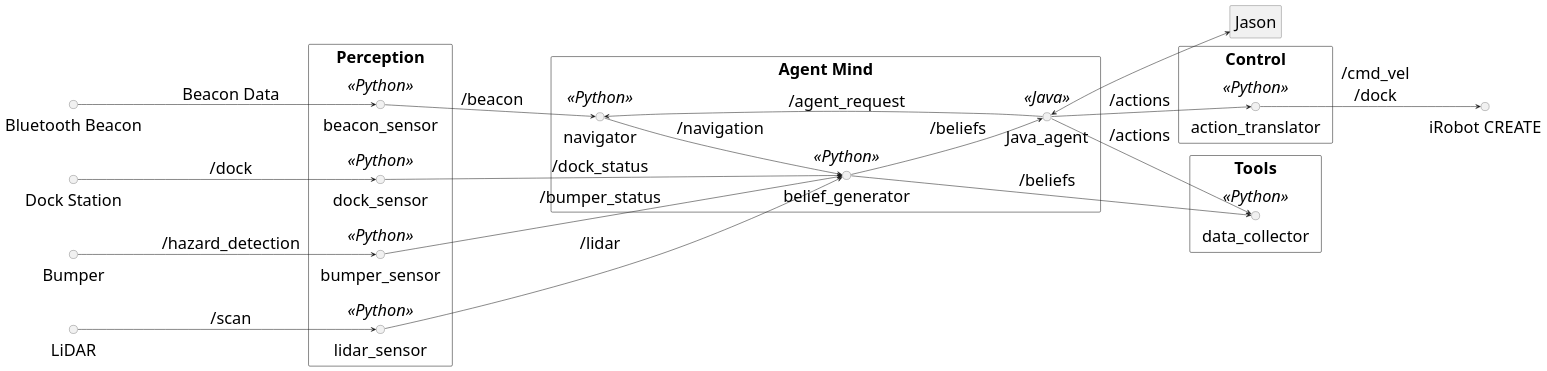
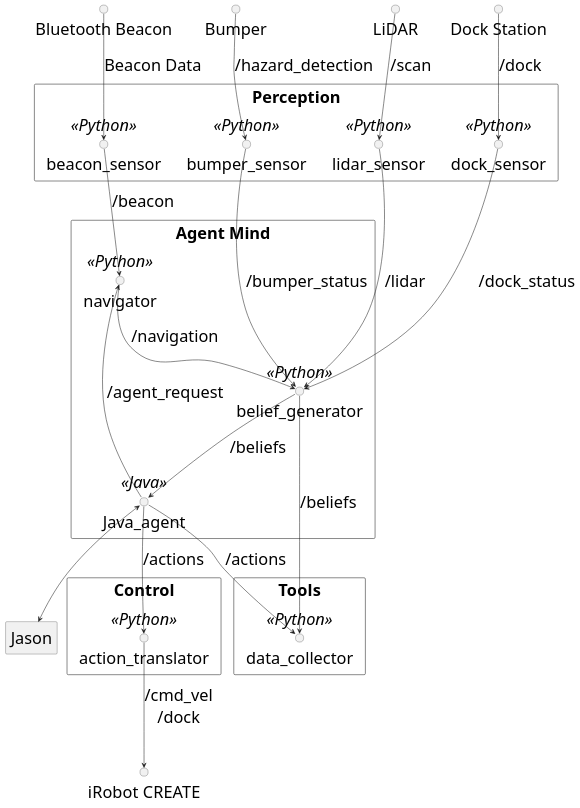
The diagram in miscellaneous/documents/diagrams/src/agent_ros_architecture.plantuml (NMAI-lab/hermes), drawn with PlantUML before and after one commit. The commit also changed 1 other file, not shown here.

Commit message:
Updated the architecture diagram.

```diff
--- a/miscellaneous/documents/diagrams/src/agent_ros_architecture.plantuml
+++ b/miscellaneous/documents/diagrams/src/agent_ros_architecture.plantuml
@@ -1,64 +1,62 @@
 @startuml
-' --- Arrange horizontally ---
-left to right direction
 
 skinparam defaultFontSize 32
 skinparam packageStyle rect
 skinparam shadowing false
 skinparam backgroundColor white
 
 circle "LiDAR" as lidar
 circle "Bluetooth Beacon" as beacon
 circle "Dock Station" as dock_station
 circle "Bumper" as bumper
 
 ' --- Perception Layer ---
 package "Perception" {
     circle "lidar_sensor" <<Python>> as lidar_sensor
     circle "beacon_sensor" <<Python>> as beacon_sensor
     circle "dock_sensor" <<Python>> as dock_sensor
     circle "bumper_sensor" <<Python>> as bumper_sensor
 }
 
 ' --- Mind Layer ---
 package "Agent Mind" {
     circle "navigator" <<Python>> as navigator
     circle "belief_generator" <<Python>> as belief_generator
     circle "Java_agent" <<Java>> as Java_agent
 }
 
 ' --- Control Layer ---
 package "Control" {
     circle "action_translator" <<Python>> as action_translator
 }
 
 package "Tools" {
     circle "data_collector" <<Python>> as data_collector
 }
 
 rectangle "Jason" as jason
 circle "iRobot CREATE" as robot
 
 ' --- Connections ---
 lidar --> lidar_sensor : /scan
 beacon --> beacon_sensor : Beacon Data
 dock_station --> dock_sensor: /dock
 bumper --> bumper_sensor : /hazard_detection
 
 lidar_sensor --> belief_generator: /lidar
 beacon_sensor --> navigator: /beacon
 navigator --> belief_generator: /navigation
 dock_sensor --> belief_generator: /dock_status
 bumper_sensor --> belief_generator: /bumper_status
 
 Java_agent <--> jason
 Java_agent --> navigator: /agent_request
 belief_generator --> Java_agent: /beliefs
 Java_agent --> action_translator: /actions
 
 belief_generator --> data_collector: /beliefs
 Java_agent --> data_collector: /actions
 
 action_translator --> robot : /cmd_vel\n/dock
 
 @enduml
```
